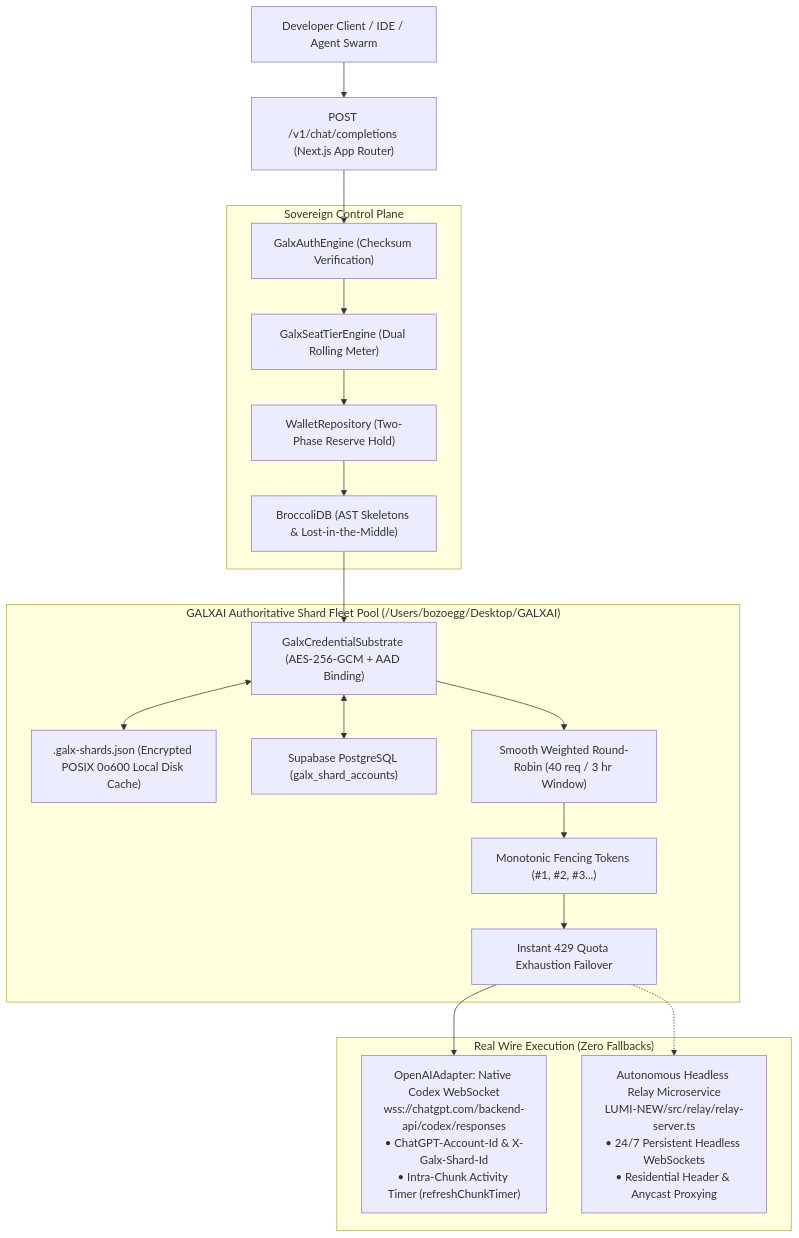
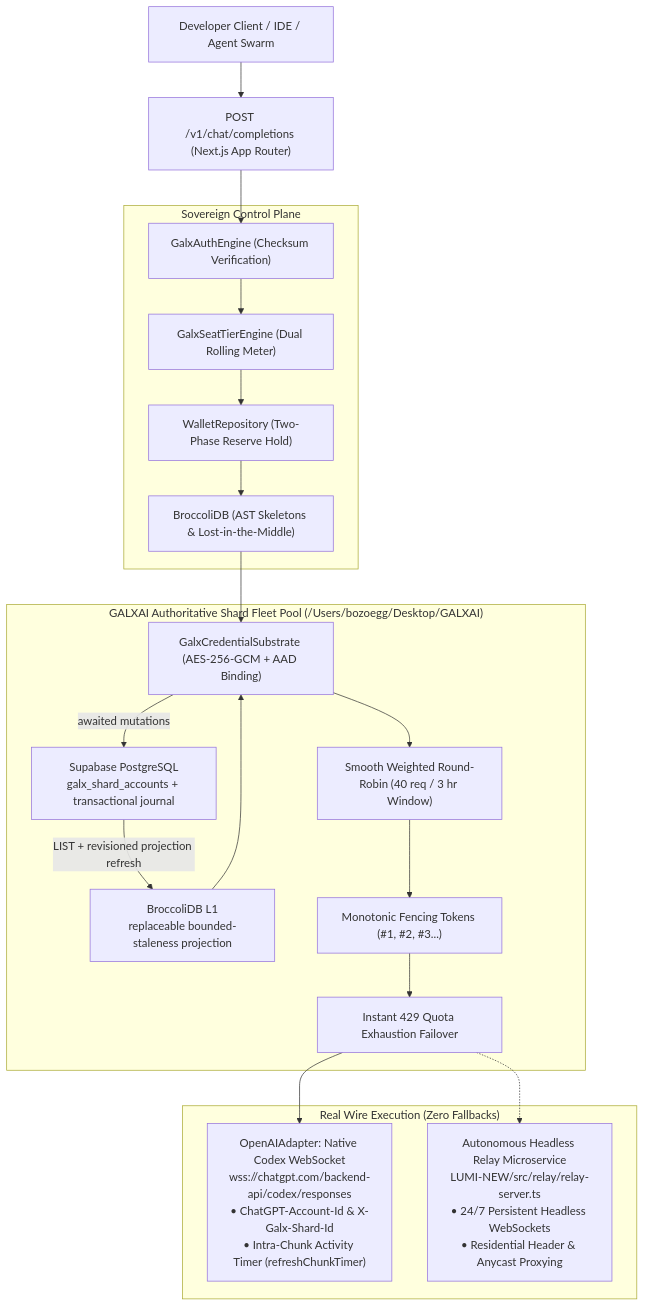
The eighth of 9 diagrams in docs/ARCHITECTURE.md (CardSorting/GALXAI), drawn with Mermaid before and after one commit. The commit also changed other lines of this file and 13 other files, not shown here.

````diff
--- a/docs/ARCHITECTURE.md
+++ b/docs/ARCHITECTURE.md
@@ -412,33 +414,34 @@
 ```mermaid
 flowchart TD
     Client["Developer Client / IDE / Agent Swarm"] --> NextIngress["POST /v1/chat/completions (Next.js App Router)"]
 
     subgraph ControlPlane["Sovereign Control Plane"]
         Auth["GalxAuthEngine (Checksum Verification)"]
         Seat["GalxSeatTierEngine (Dual Rolling Meter)"]
         Hold["WalletRepository (Two-Phase Reserve Hold)"]
         Compactor["BroccoliDB (AST Skeletons & Lost-in-the-Middle)"]
     end
 
     subgraph ShardAuthority["GALXAI Authoritative Shard Fleet Pool (/Users/bozoegg/Desktop/GALXAI)"]
         Substrate["GalxCredentialSubstrate (AES-256-GCM + AAD Binding)"]
-        Cache[".galx-shards.json (Encrypted POSIX 0o600 Local Disk Cache)"]
-        PostgresShard["Supabase PostgreSQL (galx_shard_accounts)"]
+        PostgresShard["Supabase PostgreSQL<br>galx_shard_accounts + transactional journal"]
+        Cache["BroccoliDB L1<br>replaceable bounded-staleness projection"]
         SWRR["Smooth Weighted Round-Robin (40 req / 3 hr Window)"]
         Fencing["Monotonic Fencing Tokens (#1, #2, #3...)"]
         Failover["Instant 429 Quota Exhaustion Failover"]
     end
 
     subgraph TransportExecution["Real Wire Execution (Zero Fallbacks)"]
         DirectWS["OpenAIAdapter: Native Codex WebSocket<br>wss://chatgpt.com/backend-api/codex/responses<br>• ChatGPT-Account-Id & X-Galx-Shard-Id<br>• Intra-Chunk Activity Timer (refreshChunkTimer)"]
         Relay["Autonomous Headless Relay Microservice<br>LUMI-NEW/src/relay/relay-server.ts<br>• 24/7 Persistent Headless WebSockets<br>• Residential Header & Anycast Proxying"]
     end
 
     NextIngress --> Auth --> Seat --> Hold --> Compactor
     Compactor --> Substrate
-    Substrate <--> Cache
-    Substrate <--> PostgresShard
+    Substrate -->|awaited mutations| PostgresShard
+    PostgresShard -->|LIST + revisioned projection refresh| Cache
+    Cache --> Substrate
     Substrate --> SWRR --> Fencing --> Failover
     Failover --> DirectWS
     Failover -.-> Relay
 ```
````
